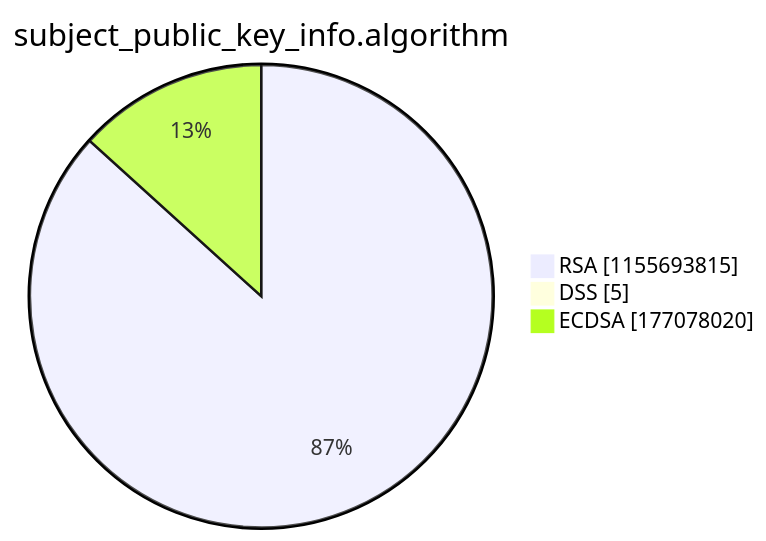
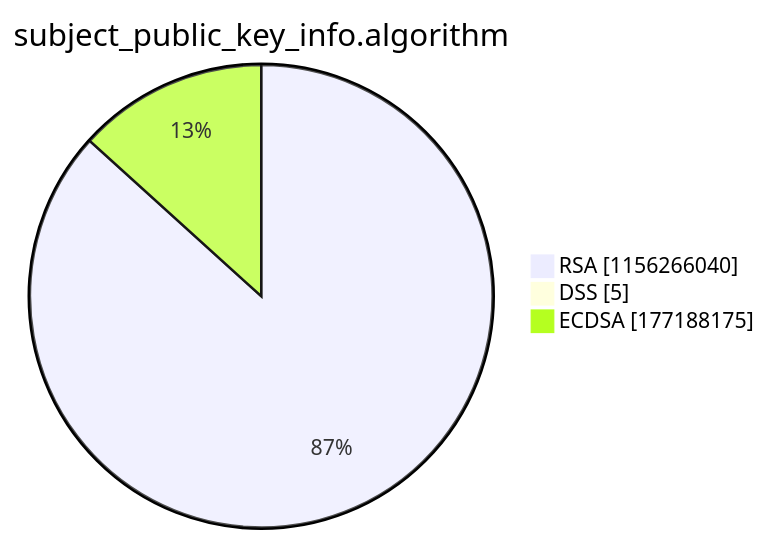
The third of 15 diagrams in argon2022/README.md (christiankrug/ctmonitor_visualization), drawn with Mermaid before and after one commit. The commit also changed other lines of this file, not shown here.

````diff
--- a/argon2022/README.md
+++ b/argon2022/README.md
@@ -14,7 +14,7 @@
 ```mermaid
 pie showData
 title subject_public_key_info.algorithm
-"RSA" :1155693815
+"RSA" :1156266040
 "DSS" :5
-"ECDSA" :177078020
+"ECDSA" :177188175
 ```
````
